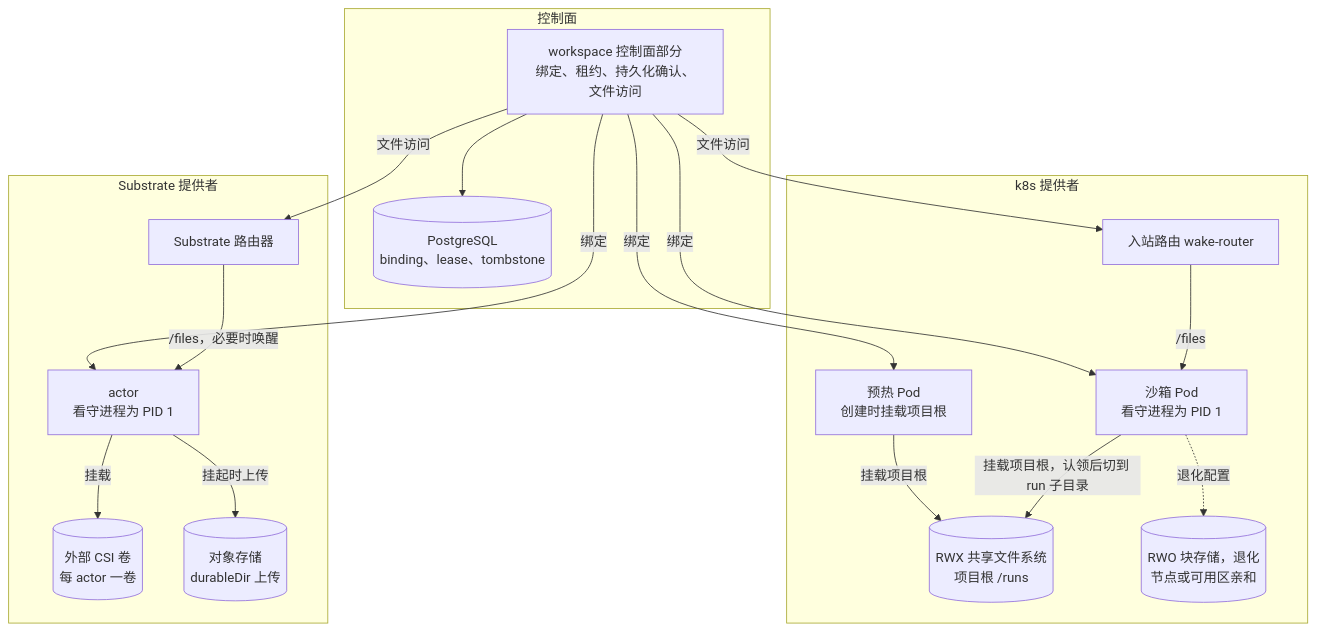
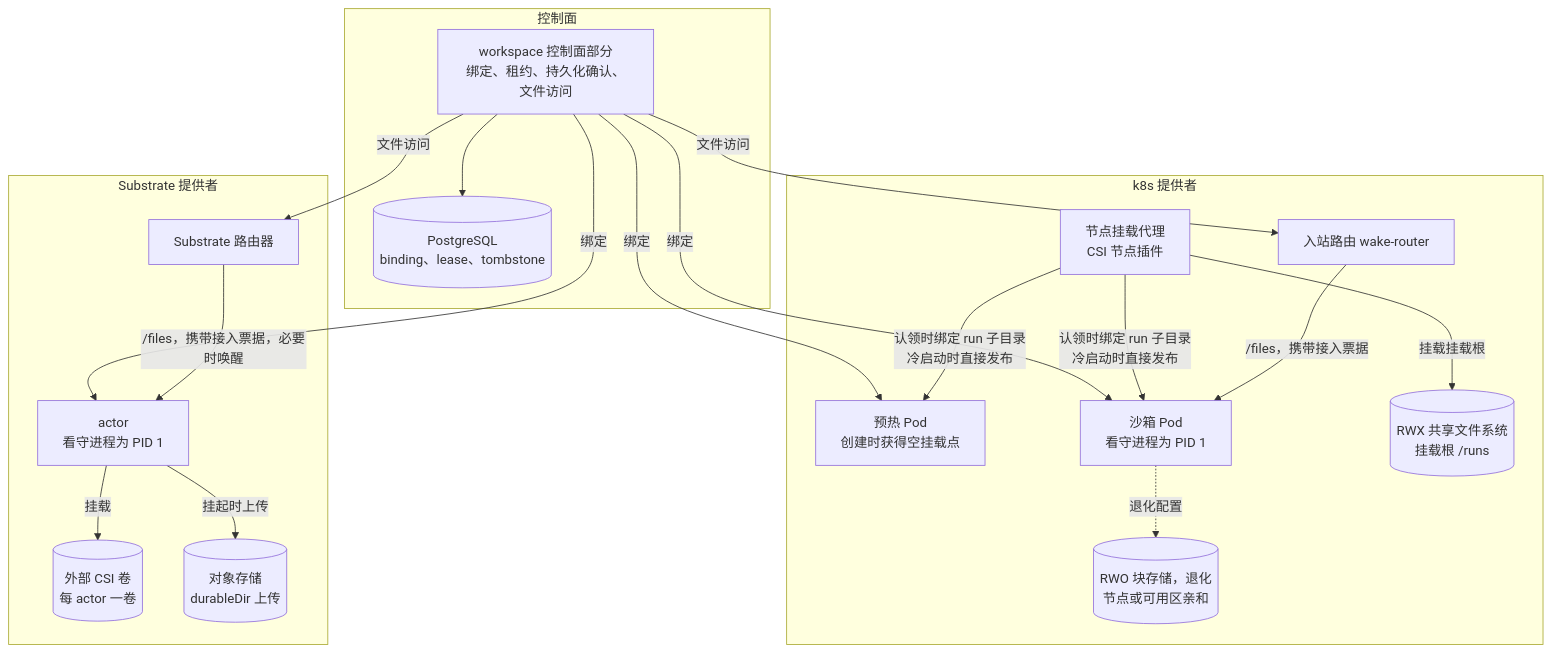
The second of 3 diagrams in docs/design/modules/design-workspace.md (wangzw/castworks), drawn with Mermaid before and after one commit. The commit also changed other lines of this file and 29 other files, not shown here.

````diff
--- a/docs/design/modules/design-workspace.md
+++ b/docs/design/modules/design-workspace.md
@@ -312,33 +328,35 @@
 ```mermaid
 flowchart TB
     subgraph cp["控制面"]
         ws["workspace 控制面部分<br/>绑定、租约、持久化确认、文件访问"]
         pg[("PostgreSQL<br/>binding、lease、tombstone")]
     end
     subgraph k8s["k8s 提供者"]
-        warm["预热 Pod<br/>创建时挂载项目根"]
+        node["节点挂载代理<br/>CSI 节点插件"]
+        warm["预热 Pod<br/>创建时获得空挂载点"]
         pod["沙箱 Pod<br/>看守进程为 PID 1"]
         router["入站路由 wake-router"]
-        rwx[("RWX 共享文件系统<br/>项目根 /runs")]
+        rwx[("RWX 共享文件系统<br/>挂载根 /runs")]
         rwo[("RWO 块存储，退化<br/>节点或可用区亲和")]
     end
     subgraph sub["Substrate 提供者"]
         actor["actor<br/>看守进程为 PID 1"]
         srouter["Substrate 路由器"]
         csi[("外部 CSI 卷<br/>每 actor 一卷")]
         obj[("对象存储<br/>durableDir 上传")]
     end
     ws --> pg
     ws -->|"绑定"| warm
     ws -->|"绑定"| pod
     ws -->|"绑定"| actor
-    warm -->|"挂载项目根"| rwx
-    pod -->|"挂载项目根，认领后切到 run 子目录"| rwx
+    node -->|"挂载挂载根"| rwx
+    node -->|"认领时绑定 run 子目录<br/>冷启动时直接发布"| warm
+    node -->|"认领时绑定 run 子目录<br/>冷启动时直接发布"| pod
     pod -.->|"退化配置"| rwo
     actor -->|"挂载"| csi
     actor -->|"挂起时上传"| obj
     ws -->|"文件访问"| router
     ws -->|"文件访问"| srouter
-    router -->|"/files"| pod
-    srouter -->|"/files，必要时唤醒"| actor
+    router -->|"/files，携带接入票据"| pod
+    srouter -->|"/files，携带接入票据，必要时唤醒"| actor
 ```
````
